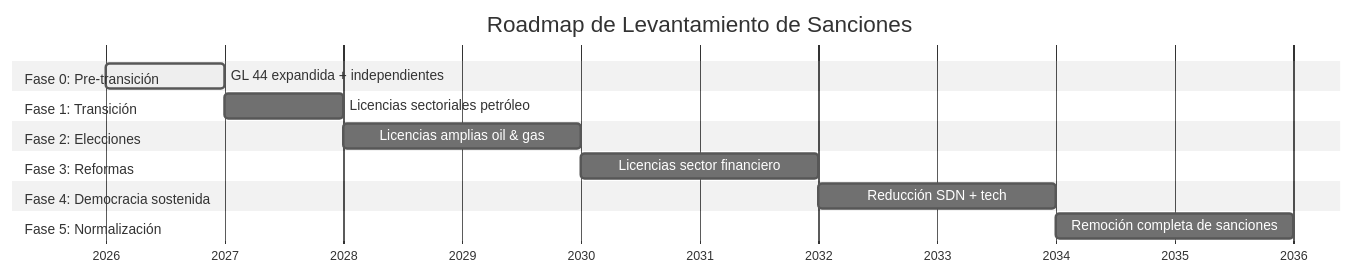
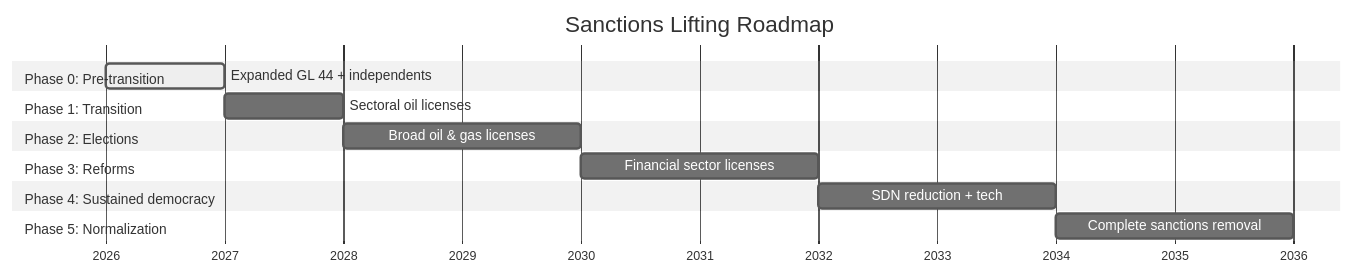
One commit to Venezuela-S-A/venezuela-sa changed the first of 2 diagrams in i18n/en/docusaurus-plugin-content-docs/current/04-gobernanza/roadmap-sanciones.md. Above: the diagram before and after it, drawn with Mermaid (neutral theme). The commit also changed other lines of this file and 127 other files, not shown here.

````diff
--- a/i18n/en/docusaurus-plugin-content-docs/current/04-gobernanza/roadmap-sanciones.md
+++ b/i18n/en/docusaurus-plugin-content-docs/current/04-gobernanza/roadmap-sanciones.md
@@ -79,24 +79,24 @@
 ```mermaid
 gantt
-    title Roadmap de Levantamiento de Sanciones
+    title Sanctions Lifting Roadmap
     dateFormat YYYY
     axisFormat %Y
 
-    section Fase 0: Pre-transición
-    GL 44 expandida + independientes   :active, f0, 2026, 2027
+    section Phase 0: Pre-transition
+    Expanded GL 44 + independents      :active, f0, 2026, 2027
 
-    section Fase 1: Transición
-    Licencias sectoriales petróleo      :f1, 2027, 2028
+    section Phase 1: Transition
+    Sectoral oil licenses               :f1, 2027, 2028
 
-    section Fase 2: Elecciones
-    Licencias amplias oil & gas         :f2, 2028, 2030
+    section Phase 2: Elections
+    Broad oil & gas licenses            :f2, 2028, 2030
 
-    section Fase 3: Reformas
-    Licencias sector financiero         :f3, 2030, 2032
+    section Phase 3: Reforms
+    Financial sector licenses           :f3, 2030, 2032
 
-    section Fase 4: Democracia sostenida
-    Reducción SDN + tech                :f4, 2032, 2034
+    section Phase 4: Sustained democracy
+    SDN reduction + tech                :f4, 2032, 2034
 
-    section Fase 5: Normalización
-    Remoción completa de sanciones      :f5, 2034, 2036
+    section Phase 5: Normalization
+    Complete sanctions removal          :f5, 2034, 2036
 ```
````
